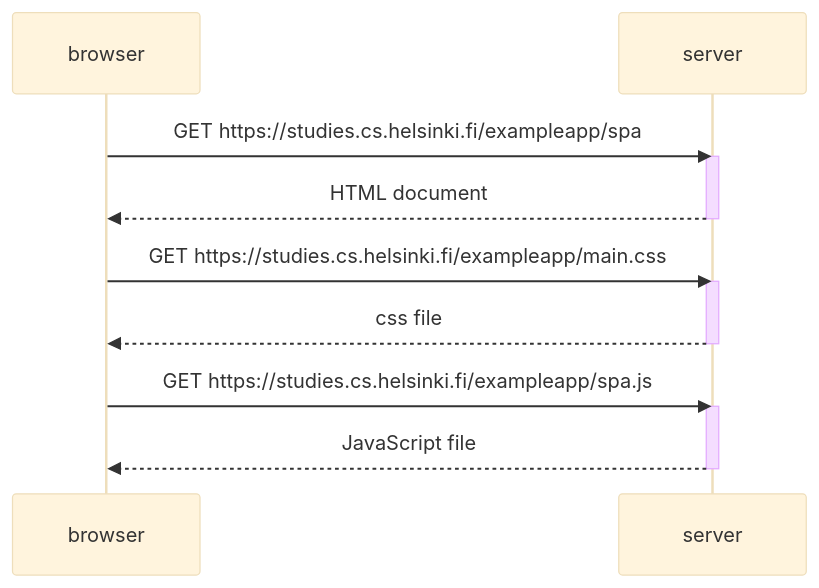
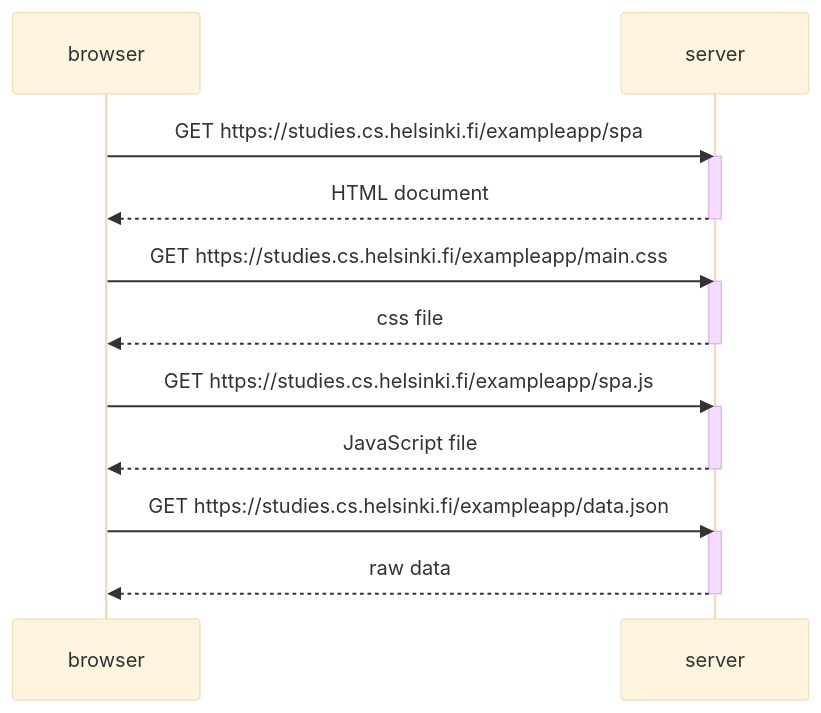
The diagram in part_0/single_page_app_diagram.md (ngarciaotero/full_stack_open), drawn with Mermaid (base theme) before and after one commit.

Commit message:
added browser fetches json from the server and the server response

````diff
--- a/part_0/single_page_app_diagram.md
+++ b/part_0/single_page_app_diagram.md
@@ -1,20 +1,25 @@
 ```mermaid
 sequenceDiagram
     participant browser
     participant server
 
     browser->>server: GET https://studies.cs.helsinki.fi/exampleapp/spa
     activate server
     server-->>browser: HTML document
     deactivate server
 
     browser->>server: GET https://studies.cs.helsinki.fi/exampleapp/main.css
     activate server
     server-->>browser: css file
     deactivate server
 
     browser->>server: GET https://studies.cs.helsinki.fi/exampleapp/spa.js
     activate server
     server-->>browser: JavaScript file
     deactivate server
+
+    browser->>server: GET https://studies.cs.helsinki.fi/exampleapp/data.json
+    activate server
+    server-->>browser: raw data
+    deactivate server
 ```
````
